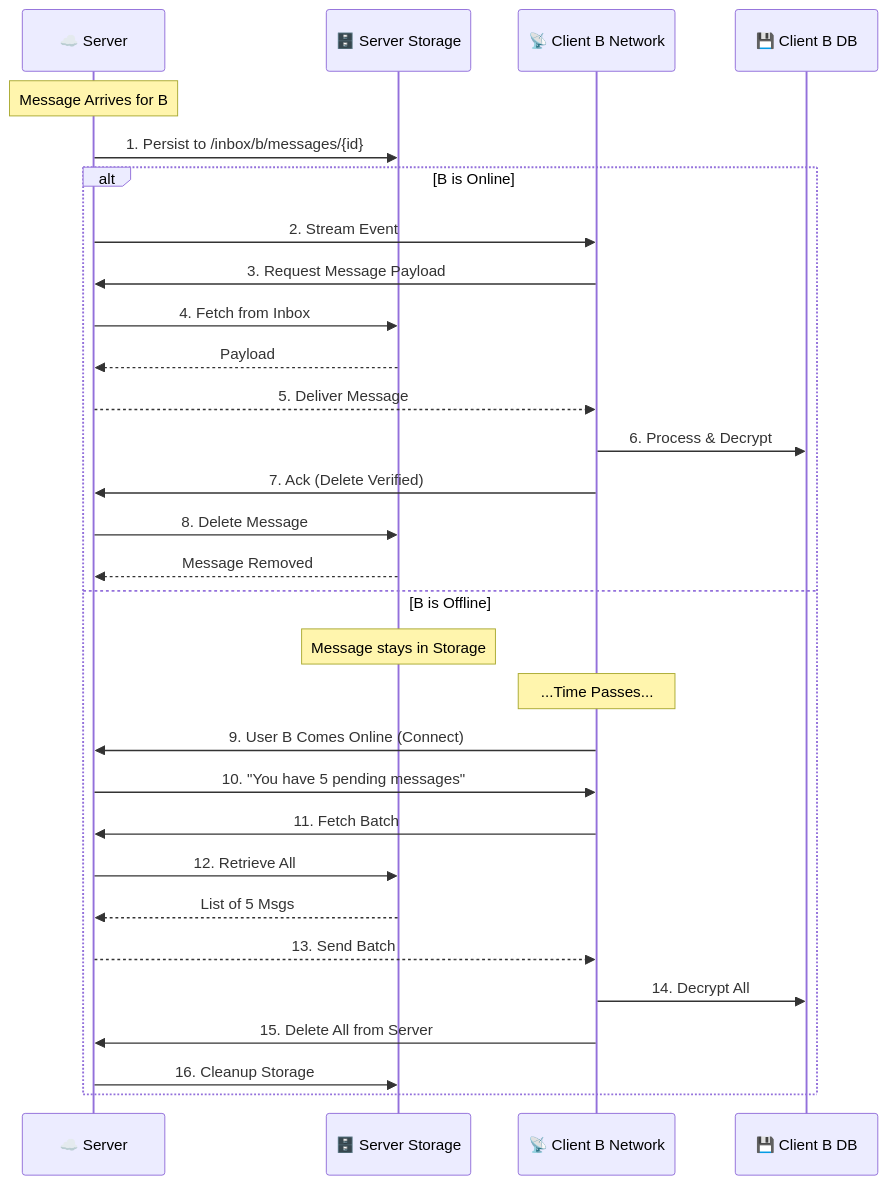
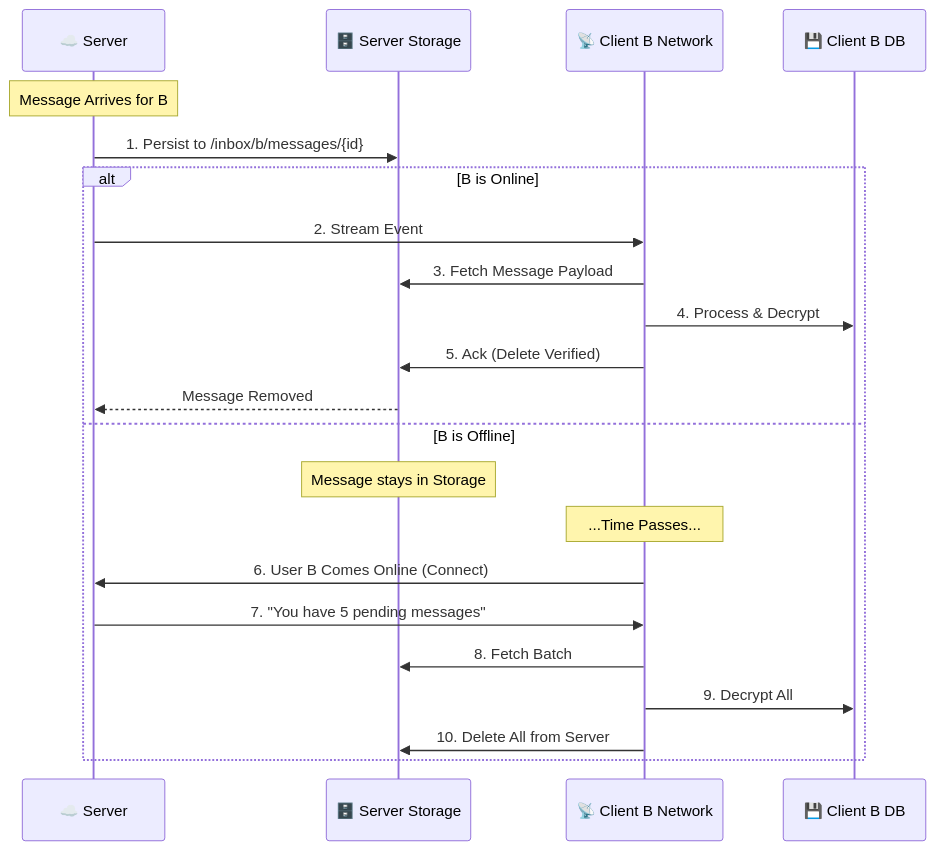
One commit to pingappduniya-oss/Ping-App-Complete-Use-Case-Flows-Technical-Deep-Dive- changed the sixth of 18 diagrams in CompleteUseCaseFlows.md. Above: the diagram before and after it, drawn with Mermaid. The commit also changed other lines of this file, not shown here.

````diff
--- a/CompleteUseCaseFlows.md
+++ b/CompleteUseCaseFlows.md
@@ -136,34 +178,26 @@
 ```mermaid
 sequenceDiagram
     participant Server as ☁️ Server
     participant SS as 🗄️ Server Storage
     participant CB_Net as 📡 Client B Network
     participant CB_DB as 💾 Client B DB
 
     Note over Server: Message Arrives for B
     Server->>SS: 1. Persist to /inbox/b/messages/{id}
     
     alt B is Online
         Server->>CB_Net: 2. Stream Event
-        CB_Net->>Server: 3. Request Message Payload
-        Server->>SS: 4. Fetch from Inbox
-        SS-->>Server: Payload
-        Server-->>CB_Net: 5. Deliver Message
-        CB_Net->>CB_DB: 6. Process & Decrypt
-        CB_Net->>Server: 7. Ack (Delete Verified)
-        Server->>SS: 8. Delete Message
+        CB_Net->>SS: 3. Fetch Message Payload
+        CB_Net->>CB_DB: 4. Process & Decrypt
+        CB_Net->>SS: 5. Ack (Delete Verified)
         SS-->>Server: Message Removed
     else B is Offline
         Note over SS: Message stays in Storage
         Note over CB_Net: ...Time Passes...
-        CB_Net->>Server: 9. User B Comes Online (Connect)
-        Server->>CB_Net: 10. "You have 5 pending messages"
-        CB_Net->>Server: 11. Fetch Batch
-        Server->>SS: 12. Retrieve All
-        SS-->>Server: List of 5 Msgs
-        Server-->>CB_Net: 13. Send Batch
-        CB_Net->>CB_DB: 14. Decrypt All
-        CB_Net->>Server: 15. Delete All from Server
-        Server->>SS: 16. Cleanup Storage
+        CB_Net->>Server: 6. User B Comes Online (Connect)
+        Server->>CB_Net: 7. "You have 5 pending messages"
+        CB_Net->>SS: 8. Fetch Batch
+        CB_Net->>CB_DB: 9. Decrypt All
+        CB_Net->>SS: 10. Delete All from Server
     end
 ```
````
